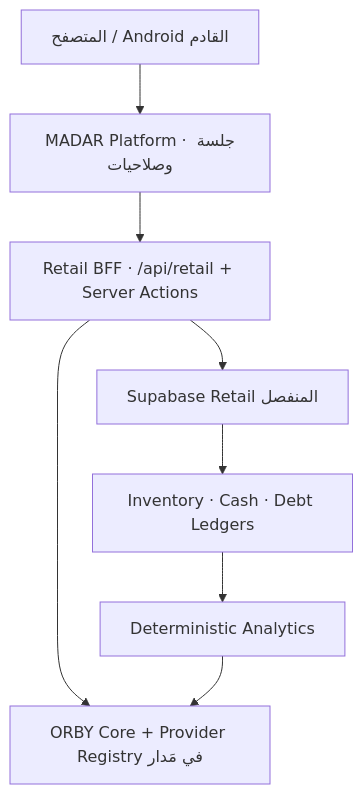
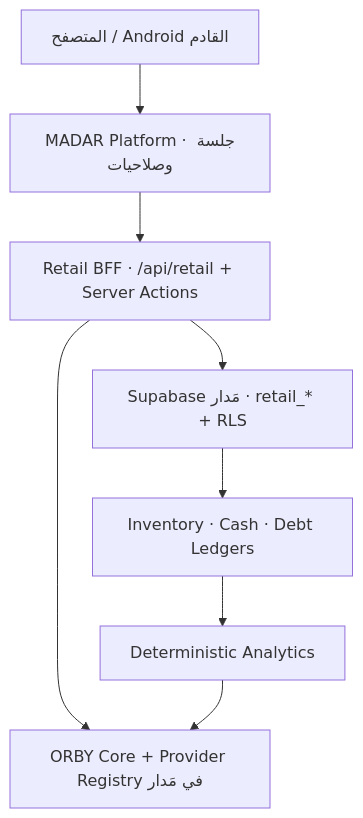
Before and after one commit to madarorbit/madar-platform: the diagram in docs/retail/v0/ARCHITECTURE.md, drawn with Mermaid. The commit also changed other lines of this file and 37 other files, not shown here.

````diff
--- a/docs/retail/v0/ARCHITECTURE.md
+++ b/docs/retail/v0/ARCHITECTURE.md
@@ -7,10 +7,10 @@
 ```mermaid
 flowchart TD
   B["المتصفح / Android القادم"] --> P["MADAR Platform · جلسة وصلاحيات"]
   P --> R["Retail BFF · /api/retail + Server Actions"]
-  R --> D["Supabase Retail المنفصل"]
+  R --> D["Supabase مَدار · retail_* + RLS"]
   R --> O["ORBY Core + Provider Registry في مَدار"]
   D --> L["Inventory · Cash · Debt Ledgers"]
   L --> A["Deterministic Analytics"]
   A --> O
 ```
````
